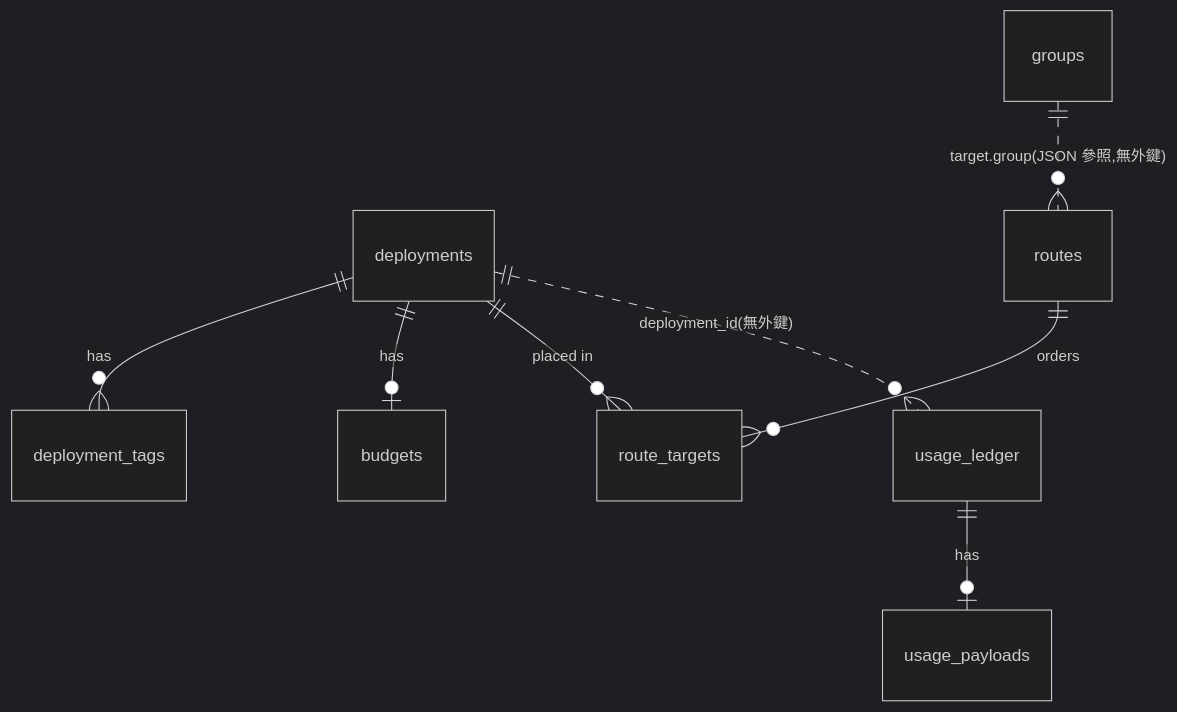
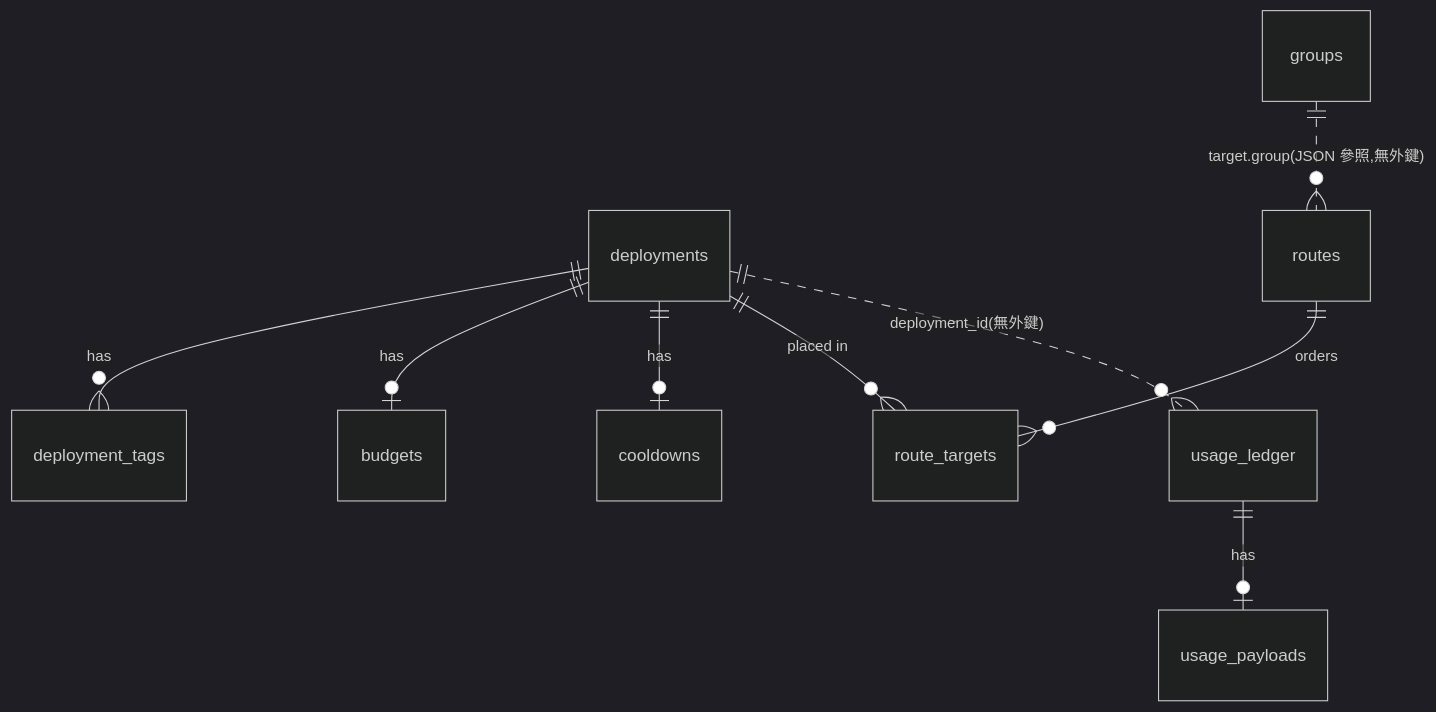
Before and after one commit to kamira/spillway: the diagram in sdlc_docs/structure/data.md, drawn with Mermaid (dark theme). The commit also changed other lines of this file and 6 other files, not shown here.

Commit message:
CHG-20261101-03: T10 規格書、Guideline 與結構文件同步(spec 4.2.4、4.5.2、5.3.2、5.3.3、6.3.2、7.3.2、7.4.3、9.2、9.2.4 與修訂行;Guideline v1.5 M3a/M3b 拆分;design v1.4 D28–D32 與 CliRunner/AdapterContext/分層規則;data v1.2 schema v2 與 migration;logical v1.3;directory v1.3;README CLI 成員、init、升級與停機)

````diff
--- a/sdlc_docs/structure/data.md
+++ b/sdlc_docs/structure/data.md
@@ -24,10 +25,11 @@
 ```mermaid
 erDiagram
   deployments ||--o{ deployment_tags : has
   deployments ||--o| budgets : has
+  deployments ||--o| cooldowns : has
   routes ||--o{ route_targets : orders
   deployments ||--o{ route_targets : "placed in"
   groups ||..o{ routes : "target.group(JSON 參照,無外鍵)"
   deployments ||..o{ usage_ledger : "deployment_id(無外鍵)"
   usage_ledger ||--o| usage_payloads : has
 ```
````
